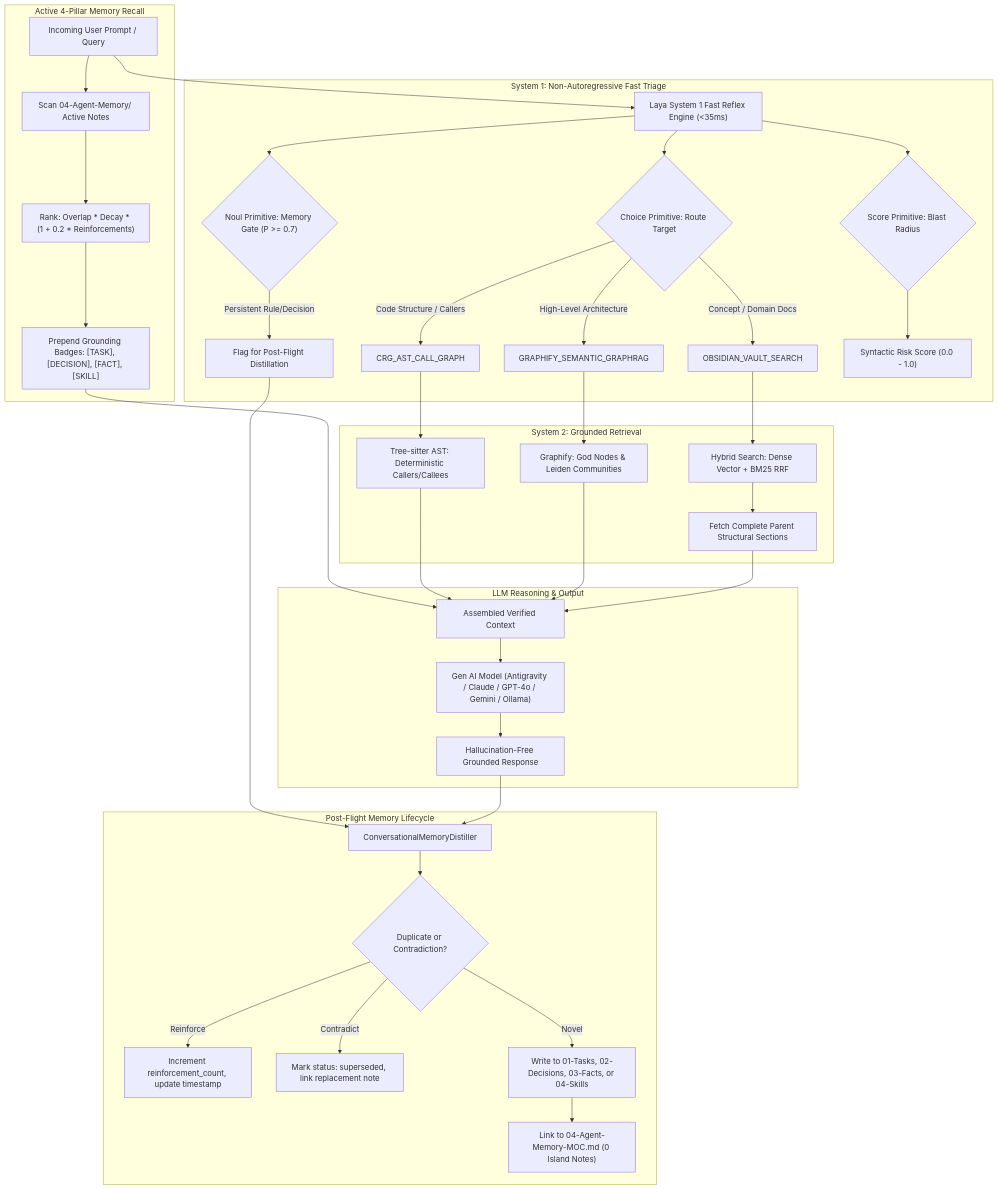
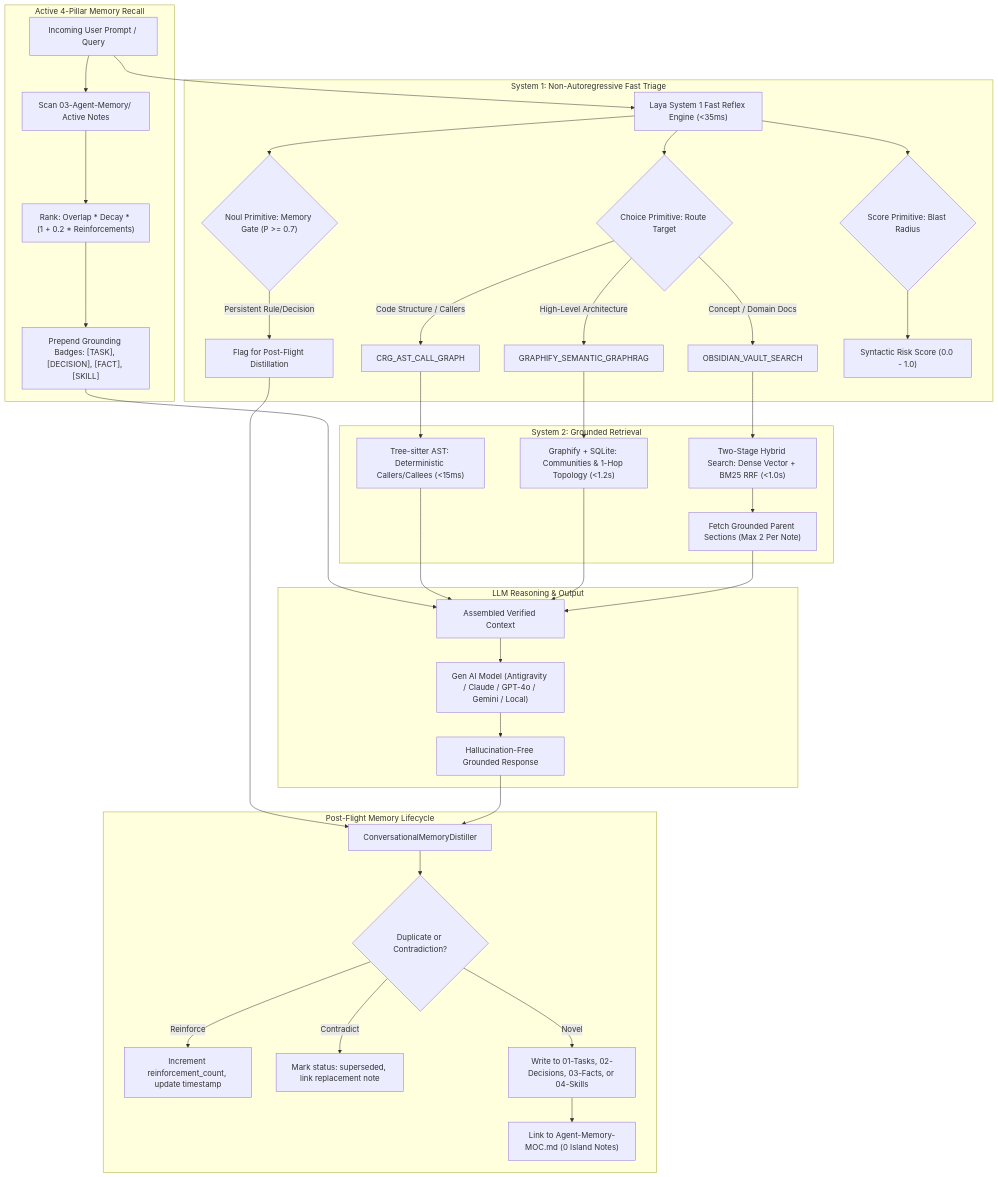
The third of 3 diagrams in README.md (Fabbbbbbb99/2ndBrain), drawn with Mermaid before and after one commit. The commit also changed other lines of this file and 50 other files, not shown here.

First line of the commit message:
feat: complete 2ndBrain dual-process engine, two-stage hybrid search, and cross-desktop bootstrap

````diff
--- a/README.md
+++ b/README.md
@@ -118,45 +152,45 @@
 ```mermaid
 flowchart TD
     UserPrompt["Incoming User Prompt / Query"] --> Reflex["Laya System 1 Fast Reflex Engine (<35ms)"]
 
     subgraph System1 ["System 1: Non-Autoregressive Fast Triage"]
         Reflex --> Choice{"Choice Primitive: Route Target"}
         Choice -->|Code Structure / Callers| RouteCRG["CRG_AST_CALL_GRAPH"]
         Choice -->|High-Level Architecture| RouteGraph["GRAPHIFY_SEMANTIC_GRAPHRAG"]
         Choice -->|Concept / Domain Docs| RouteVault["OBSIDIAN_VAULT_SEARCH"]
 
         Reflex --> Noul{"Noul Primitive: Memory Gate (P >= 0.7)"}
         Noul -->|Persistent Rule/Decision| FlagMemory["Flag for Post-Flight Distillation"]
 
         Reflex --> Score{"Score Primitive: Blast Radius"}
         Score --> RiskScore["Syntactic Risk Score (0.0 - 1.0)"]
     end
 
     subgraph MemoryRecall ["Active 4-Pillar Memory Recall"]
-        UserPrompt --> Scanner["Scan 04-Agent-Memory/ Active Notes"]
+        UserPrompt --> Scanner["Scan 03-Agent-Memory/ Active Notes"]
         Scanner --> Rank["Rank: Overlap * Decay * (1 + 0.2 * Reinforcements)"]
         Rank --> Badges["Prepend Grounding Badges: [TASK], [DECISION], [FACT], [SKILL]"]
     end
 
     subgraph GroundedExecution ["System 2: Grounded Retrieval"]
-        RouteCRG --> ASTExec["Tree-sitter AST: Deterministic Callers/Callees"]
-        RouteGraph --> GraphExec["Graphify: God Nodes & Leiden Communities"]
-        RouteVault --> HybridExec["Hybrid Search: Dense Vector + BM25 RRF"]
-        HybridExec --> ParentDelivery["Fetch Complete Parent Structural Sections"]
+        RouteCRG --> ASTExec["Tree-sitter AST: Deterministic Callers/Callees (<15ms)"]
+        RouteGraph --> GraphExec["Graphify + SQLite: Communities & 1-Hop Topology (<1.2s)"]
+        RouteVault --> HybridExec["Two-Stage Hybrid Search: Dense Vector + BM25 RRF (<1.0s)"]
+        HybridExec --> ParentDelivery["Fetch Grounded Parent Sections (Max 2 Per Note)"]
     end
 
     subgraph Generation ["LLM Reasoning & Output"]
         Badges & ASTExec & GraphExec & ParentDelivery --> ContextBlock["Assembled Verified Context"]
-        ContextBlock --> LLM["Gen AI Model (Antigravity / Claude / GPT-4o / Gemini / Ollama)"]
+        ContextBlock --> LLM["Gen AI Model (Antigravity / Claude / GPT-4o / Gemini / Local)"]
         LLM --> UserResponse["Hallucination-Free Grounded Response"]
     end
 
     subgraph Distillation ["Post-Flight Memory Lifecycle"]
         FlagMemory & UserResponse --> Distiller["ConversationalMemoryDistiller"]
         Distiller --> CheckExist{"Duplicate or Contradiction?"}
         CheckExist -->|Reinforce| Inc["Increment reinforcement_count, update timestamp"]
         CheckExist -->|Contradict| Sup["Mark status: superseded, link replacement note"]
         CheckExist -->|Novel| SavePillar["Write to 01-Tasks, 02-Decisions, 03-Facts, or 04-Skills"]
-        SavePillar --> LinkMOC["Link to 04-Agent-Memory-MOC.md (0 Island Notes)"]
+        SavePillar --> LinkMOC["Link to Agent-Memory-MOC.md (0 Island Notes)"]
     end
 ```
````
